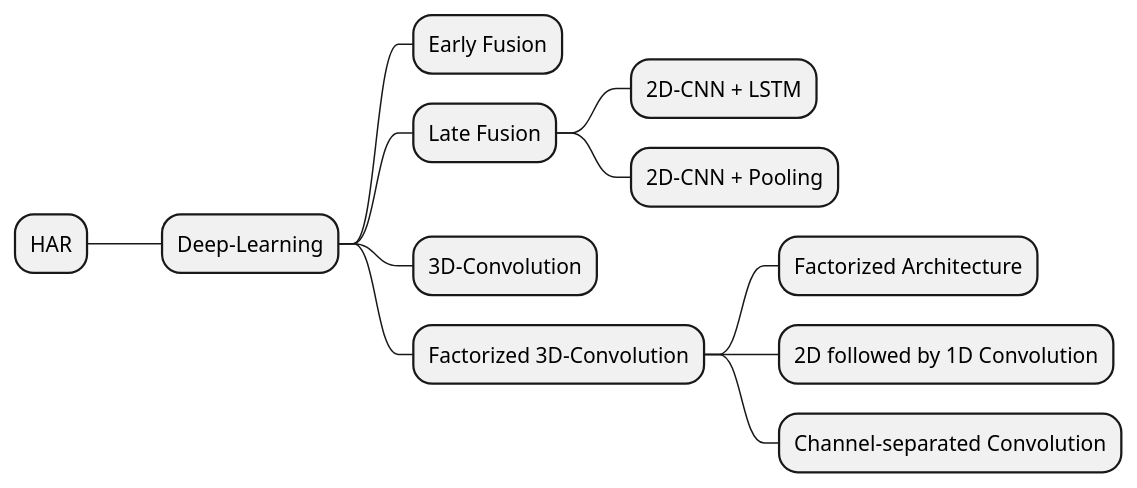
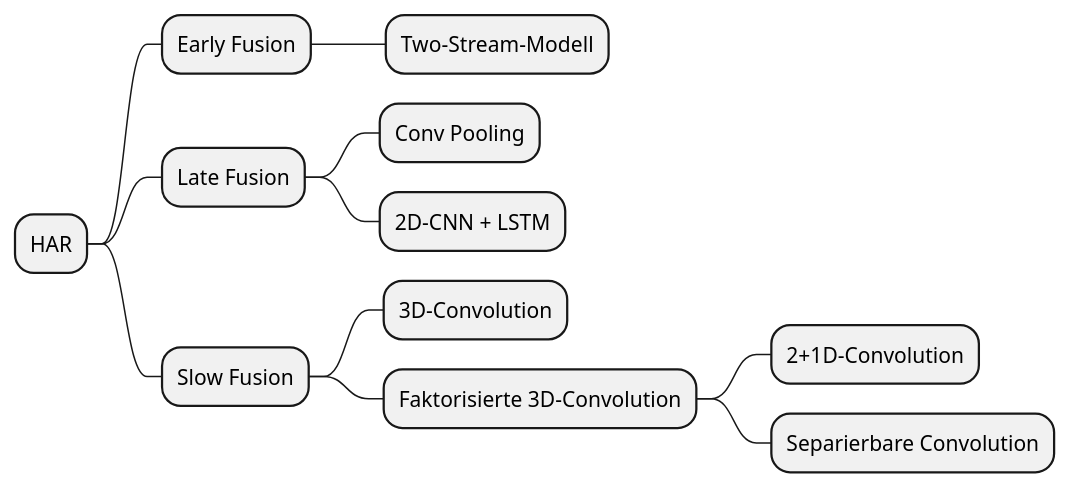
One commit to simnado/Master-Thesis changed the diagram in fig/methods.puml. Above: the diagram before and after it, drawn with PlantUML. The commit also changed 4 other files, not shown here.

```diff
--- a/fig/methods.puml
+++ b/fig/methods.puml
@@ -1,16 +1,16 @@
 @startmindmap
 
 * HAR
 
-** Deep-Learning
-*** Early Fusion
-*** Late Fusion
-**** 2D-CNN + LSTM
-**** 2D-CNN + Pooling
+** Early Fusion
+*** Two-Stream-Modell
+** Late Fusion
+*** Conv Pooling
+*** 2D-CNN + LSTM
+** Slow Fusion
 *** 3D-Convolution
-*** Factorized 3D-Convolution
-**** Factorized Architecture
-**** 2D followed by 1D Convolution
-**** Channel-separated Convolution
+*** Faktorisierte 3D-Convolution
+**** 2+1D-Convolution
+**** Separierbare Convolution
 
 @endmindmap
```
